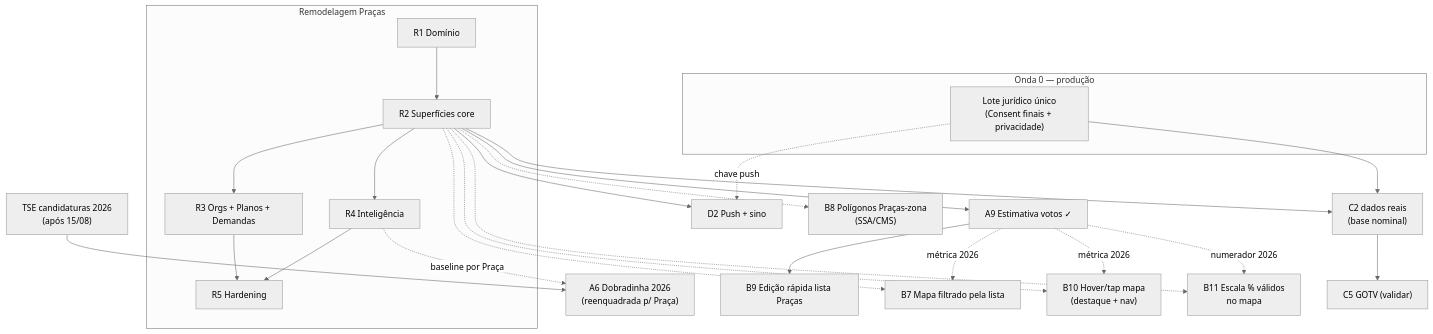
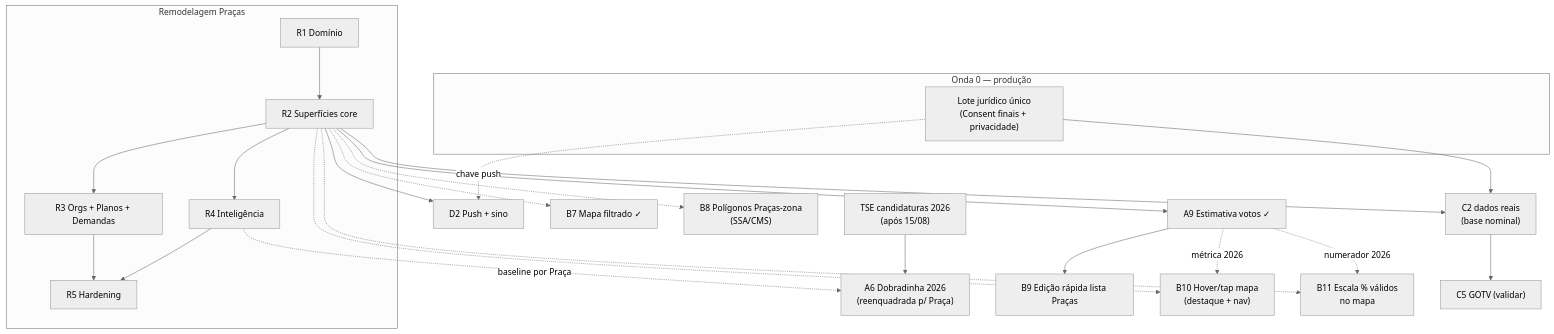
One commit to fsolla/teqo changed the diagram in docs/roadmap.md. Above: the diagram before and after it, drawn with Mermaid (neutral theme). The commit also changed other lines of this file and 8 other files, not shown here.

````diff
--- a/docs/roadmap.md
+++ b/docs/roadmap.md
@@ -50,33 +50,32 @@
 ```mermaid
 flowchart TD
     subgraph Onda0["Onda 0 — produção"]
         JUR["Lote jurídico único<br/>(Consent finais + privacidade)"]
     end
 
     subgraph Remodel["Remodelagem Praças"]
         R1["R1 Domínio"]
         R2["R2 Superfícies core"]
         R3["R3 Orgs + Planos + Demandas"]
         R4["R4 Inteligência"]
         R5["R5 Hardening"]
     end
 
     R1 --> R2 --> R3 --> R5
     R2 --> R4 --> R5
     JUR --> C2prod["C2 dados reais<br/>(base nominal)"]
     R2 --> C2prod
     TSE2026["TSE candidaturas 2026<br/>(após 15/08)"] --> A6["A6 Dobradinha 2026<br/>(reenquadrada p/ Praça)"]
     R4 -.baseline por Praça.-> A6
     R2 --> D2["D2 Push + sino"]
     R2 --> A9["A9 Estimativa votos ✓"]
     A9 --> B9["B9 Edição rápida lista Praças"]
-    R2 -.-> B7["B7 Mapa filtrado pela lista"]
+    R2 -.-> B7["B7 Mapa filtrado ✓"]
     R2 -.-> B8["B8 Polígonos Praças-zona<br/>(SSA/CMS)"]
     R2 -.-> B10["B10 Hover/tap mapa<br/>(destaque + nav)"]
     R2 -.-> B11["B11 Escala % válidos<br/>no mapa"]
-    A9 -.métrica 2026.-> B7
     A9 -.métrica 2026.-> B10
     A9 -.numerador 2026.-> B11
     JUR -.chave push.-> D2
     C2prod --> C5["C5 GOTV (validar)"]
 ```
````
